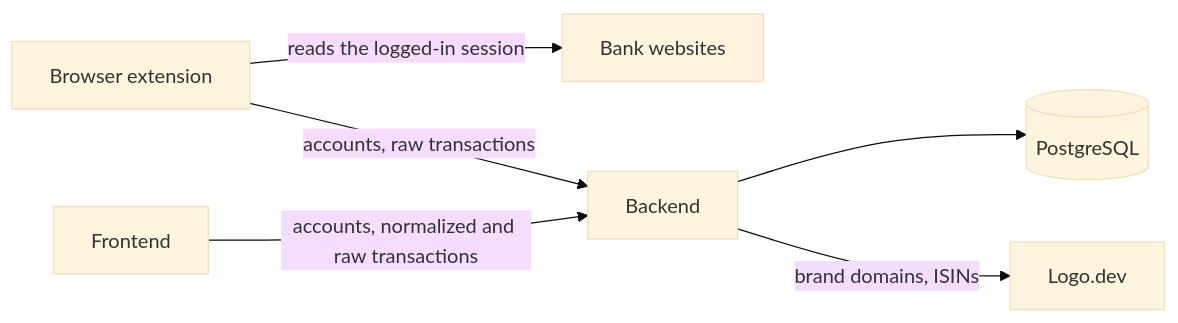
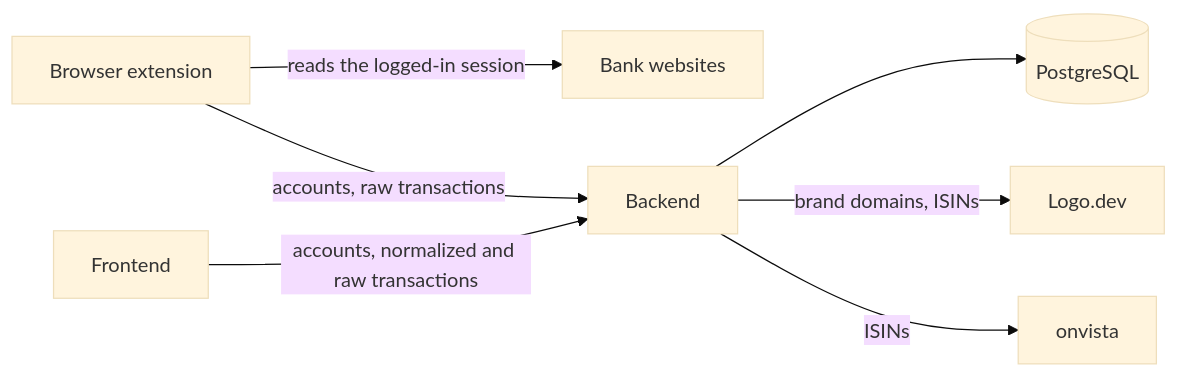
Before and after one commit to lennartmoeller/finance-tracker: the first of 5 diagrams in docs/architecture.md, drawn with Mermaid (base theme). The commit also changed other lines of this file and 18 other files, not shown here.

````diff
--- a/docs/architecture.md
+++ b/docs/architecture.md
@@ -5,14 +5,16 @@
 ```mermaid
 flowchart LR
   websites["Bank websites"]
   extension["Browser extension"]
   frontend["Frontend"]
   backend["Backend"]
   postgres[("PostgreSQL")]
   logodev["Logo.dev"]
+  onvista["onvista"]
   extension -- "reads the logged-in session" --> websites
   extension -- "accounts, raw transactions" --> backend
   frontend -- "accounts, normalized and raw transactions" --> backend
   backend --> postgres
   backend -- "brand domains, ISINs" --> logodev
+  backend -- "ISINs" --> onvista
 ```
````
